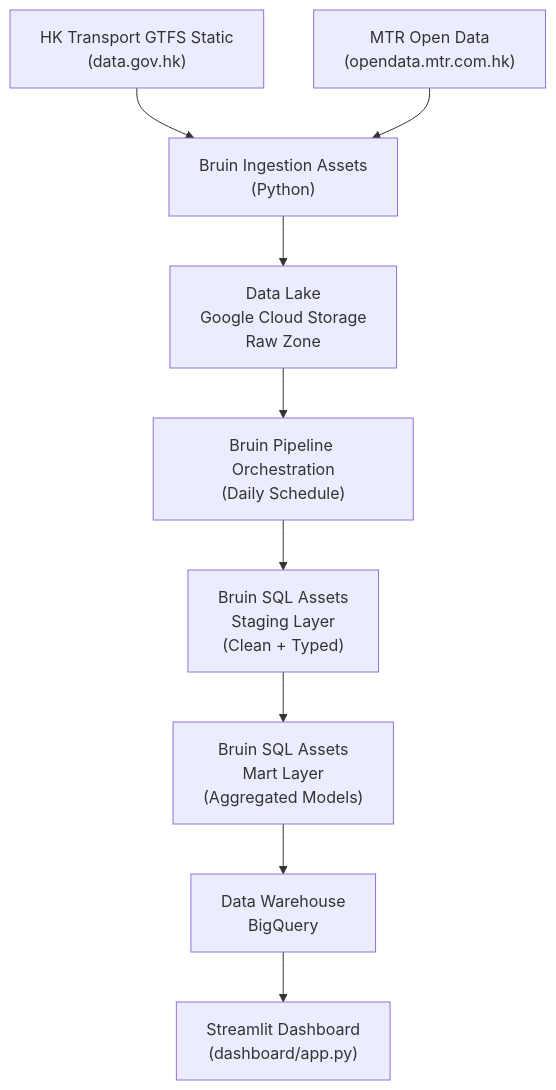
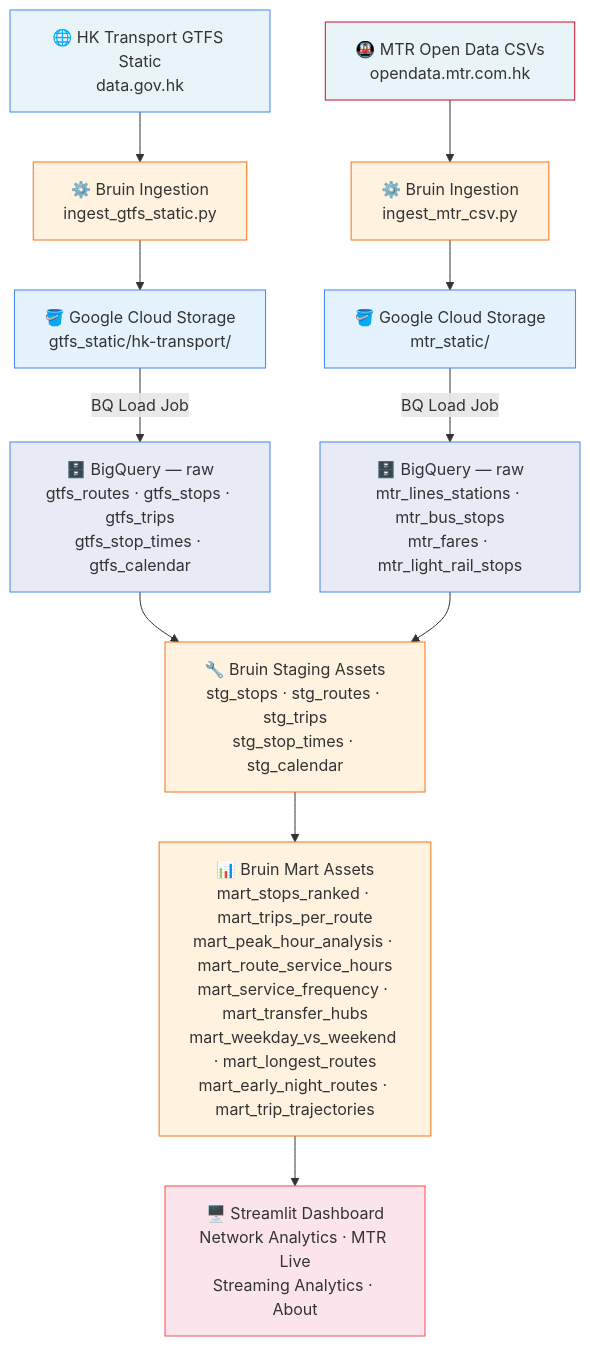
One commit to MFarizalA/hk-transit-pulse changed the diagram in README.md. Above: the diagram before and after it, drawn with Mermaid. The commit also changed other lines of this file and 1 other file, not shown here.

Commit message:
Restructure README, remove ARCHITECTURE.md

````diff
--- a/README.md
+++ b/README.md
@@ -25,18 +70,33 @@
 ```mermaid
 flowchart TD
-    A["HK Transport GTFS Static\n(data.gov.hk)"] --> C
-    B["MTR Open Data\n(opendata.mtr.com.hk)"] --> C
+    A["🌐 HK Transport GTFS Static\ndata.gov.hk"]
+    B["🚇 MTR Open Data CSVs\nopendata.mtr.com.hk"]
 
-    C["Bruin Ingestion Assets\n(Python)"] --> D
+    A --> C["⚙️ Bruin Ingestion\ningest_gtfs_static.py"]
+    B --> D["⚙️ Bruin Ingestion\ningest_mtr_csv.py"]
 
-    D["Data Lake\nGoogle Cloud Storage\nRaw Zone"]
+    C --> E["🪣 Google Cloud Storage\ngtfs_static/hk-transport/"]
+    D --> F["🪣 Google Cloud Storage\nmtr_static/"]
 
-    D --> E["Bruin Pipeline Orchestration\n(Daily Schedule)"]
+    E -->|BQ Load Job| G["🗄️ BigQuery — raw\ngtfs_routes · gtfs_stops · gtfs_trips\ngtfs_stop_times · gtfs_calendar"]
+    F -->|BQ Load Job| H["🗄️ BigQuery — raw\nmtr_lines_stations · mtr_bus_stops\nmtr_fares · mtr_light_rail_stops"]
 
-    E --> F["Bruin SQL Assets\nStaging Layer\n(Clean + Typed)"]
-    F --> G["Bruin SQL Assets\nMart Layer\n(Aggregated Models)"]
+    G --> I["🔧 Bruin Staging Assets\nstg_stops · stg_routes · stg_trips\nstg_stop_times · stg_calendar"]
+    H --> I
 
-    G --> H["Data Warehouse\nBigQuery"]
+    I --> J["📊 Bruin Mart Assets\nmart_stops_ranked · mart_trips_per_route\nmart_peak_hour_analysis · mart_route_service_hours\nmart_service_frequency · mart_transfer_hubs\nmart_weekday_vs_weekend · mart_longest_routes\nmart_early_night_routes · mart_trip_trajectories"]
 
-    H --> I["Streamlit Dashboard\n(dashboard/app.py)"]
+    J --> K["🖥️ Streamlit Dashboard\nNetwork Analytics · MTR Live\nStreaming Analytics · About"]
+
+    style A fill:#e8f4f8,stroke:#4285F4
+    style B fill:#e8f4f8,stroke:#C8102E
+    style C fill:#fff3e0,stroke:#F97316
+    style D fill:#fff3e0,stroke:#F97316
+    style E fill:#e3f2fd,stroke:#4285F4
+    style F fill:#e3f2fd,stroke:#4285F4
+    style G fill:#e8eaf6,stroke:#4285F4
+    style H fill:#e8eaf6,stroke:#4285F4
+    style I fill:#fff3e0,stroke:#F97316
+    style J fill:#fff3e0,stroke:#F97316
+    style K fill:#fce4ec,stroke:#FF4B4B
 ```
````
